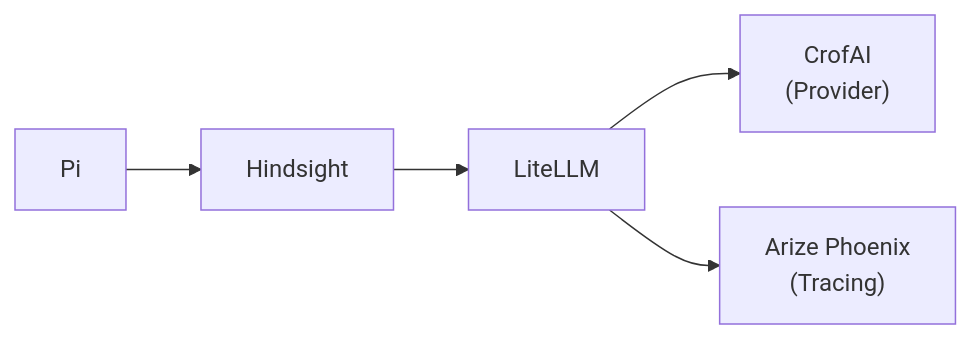
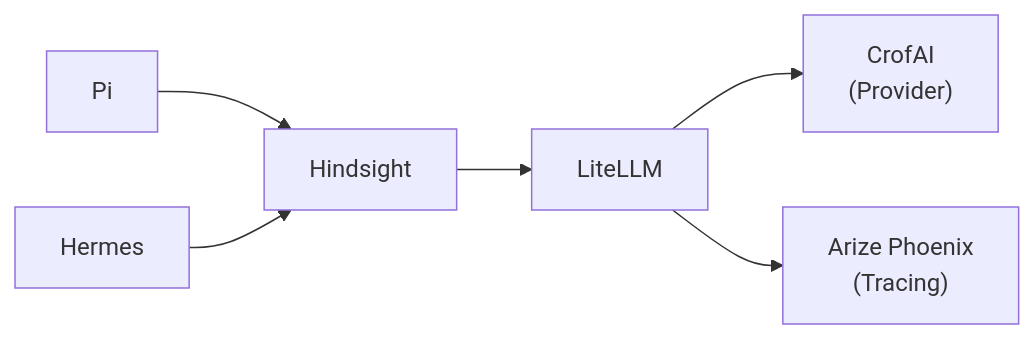
One commit to harryplusplus/nailed-it changed the first of 2 diagrams in README.ko.md. Above: the diagram before and after it, drawn with Mermaid. The commit also changed other lines of this file, not shown here.

````diff
--- a/README.ko.md
+++ b/README.ko.md
@@ -10,13 +10,16 @@
 ```mermaid
 flowchart LR
-    pi["Pi"]
-    hindsight["Hindsight"]
-    litellm["LiteLLM"]
-    crof["CrofAI<br/>(Provider)"]
-    phoenix["Arize Phoenix<br/>(Tracing)"]
 
-    pi --> hindsight
-    hindsight --> litellm
-    litellm --> crof
-    litellm --> phoenix
+pi["Pi"]
+hermes["Hermes"]
+hindsight["Hindsight"]
+litellm["LiteLLM"]
+crof["CrofAI<br/>(Provider)"]
+phoenix["Arize Phoenix<br/>(Tracing)"]
+
+pi --> hindsight
+hermes --> hindsight
+hindsight --> litellm
+litellm --> crof
+litellm --> phoenix
 ```
````
